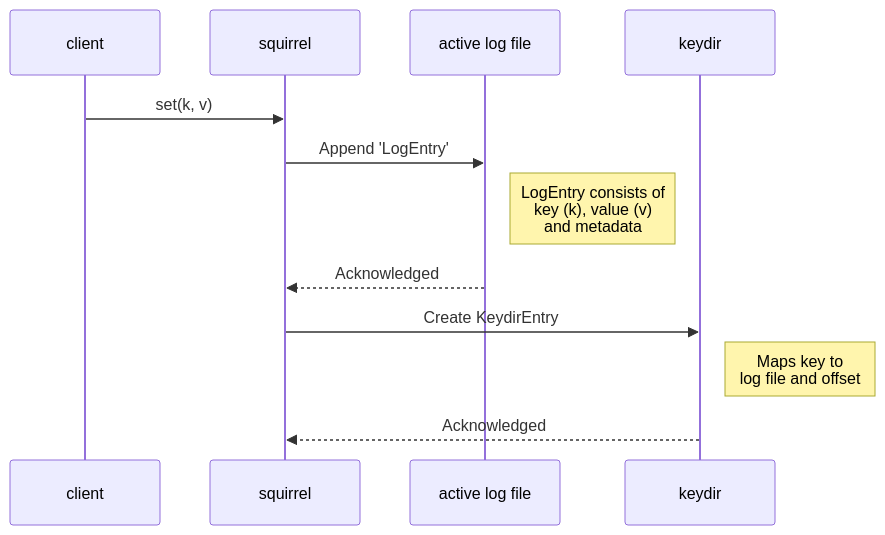
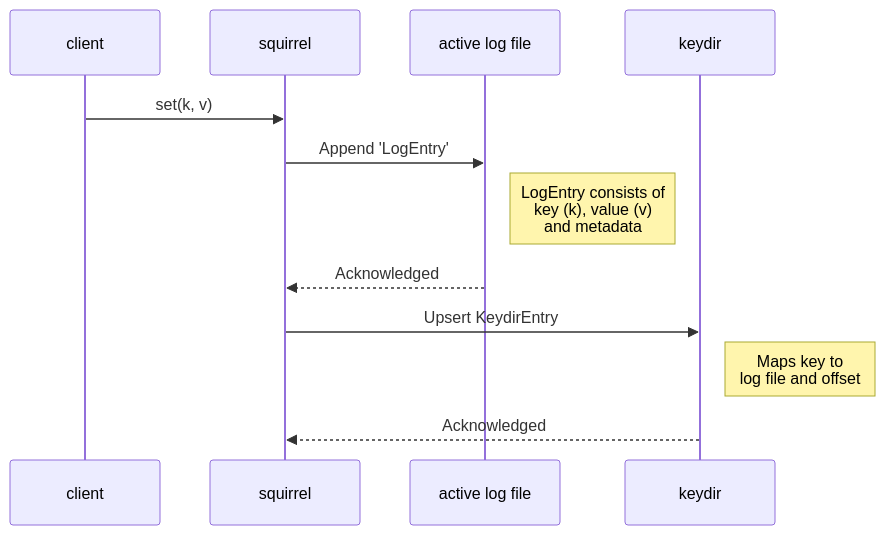
Before and after one commit to jdockerty/squirrel: the diagram in README.md, drawn with Mermaid.

````diff
--- a/README.md
+++ b/README.md
@@ -11,15 +11,15 @@
 ```mermaid
 sequenceDiagram
     participant client
     participant squirrel
     participant WAL as active log file
     participant keydir
 
     client->>squirrel: set(k, v)
     squirrel->>WAL: Append 'LogEntry'
     note right of WAL: LogEntry consists of<br/>key (k), value (v)<br/> and metadata
     WAL-->>squirrel: Acknowledged
-    squirrel->>keydir: Create KeydirEntry
+    squirrel->>keydir: Upsert KeydirEntry
     note right of keydir: Maps key to <br/>log file and offset
     keydir-->>squirrel: Acknowledged
 ```
````
